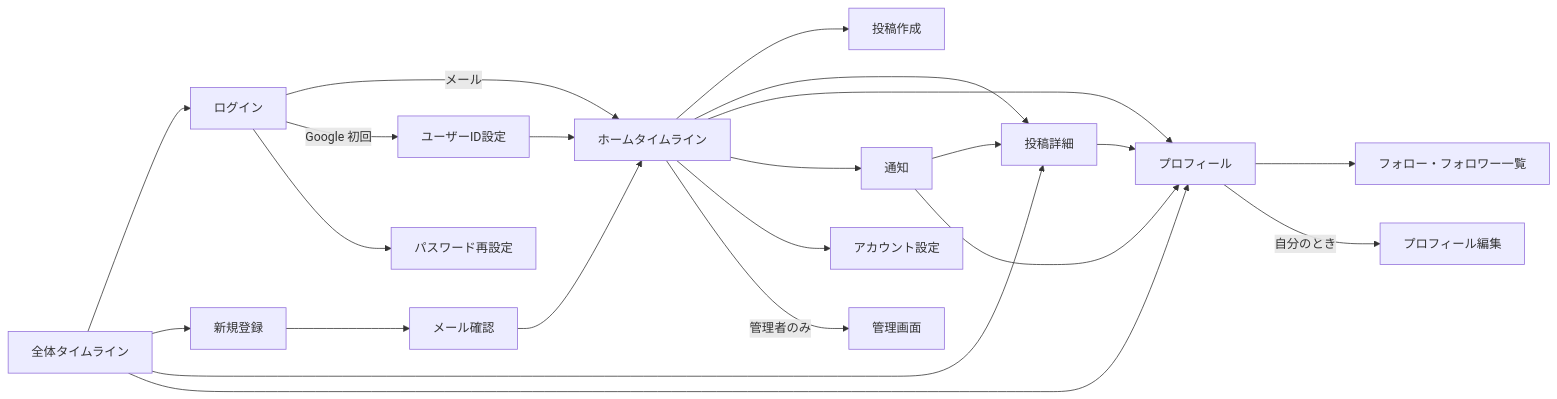
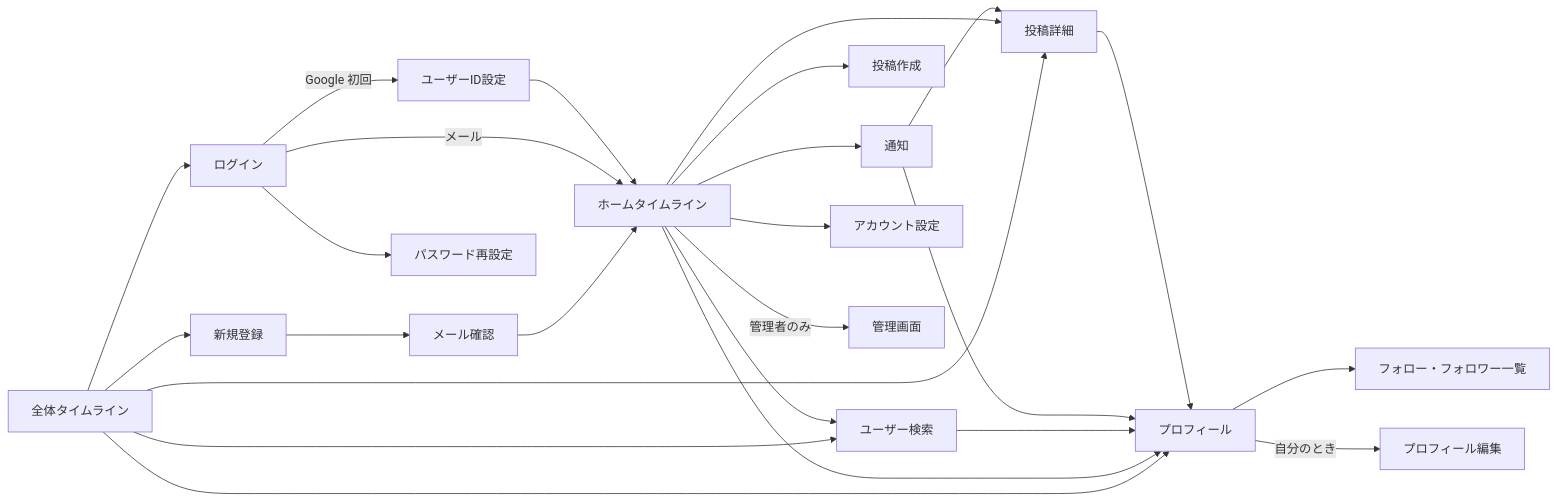
Before and after one commit to 626kouga-code/timeline-sns: the diagram in docs/04_screens.md, drawn with Mermaid. The commit also changed other lines of this file and 4 other files, not shown here.

````diff
--- a/docs/04_screens.md
+++ b/docs/04_screens.md
@@ -23,23 +24,26 @@
 ```mermaid
 flowchart LR
     Guest[全体タイムライン] --> Login[ログイン]
     Guest --> Signup[新規登録]
     Guest --> Detail[投稿詳細]
     Guest --> Profile[プロフィール]
+    Guest --> Search[ユーザー検索]
     Signup --> Verify[メール確認]
     Verify --> Home
     Login -->|メール| Home[ホームタイムライン]
     Login -->|Google 初回| Onboarding[ユーザーID設定] --> Home
     Login --> Reset[パスワード再設定]
     Home --> Compose[投稿作成]
     Home --> Detail
     Home --> Profile
     Home --> Notify[通知]
+    Home --> Search
+    Search --> Profile
     Notify --> Detail
     Notify --> Profile
     Detail --> Profile
     Profile --> Follows[フォロー・フォロワー一覧]
     Profile -->|自分のとき| EditProfile[プロフィール編集]
     Home --> Account[アカウント設定]
     Home -->|管理者のみ| Admin[管理画面]
 ```
````
